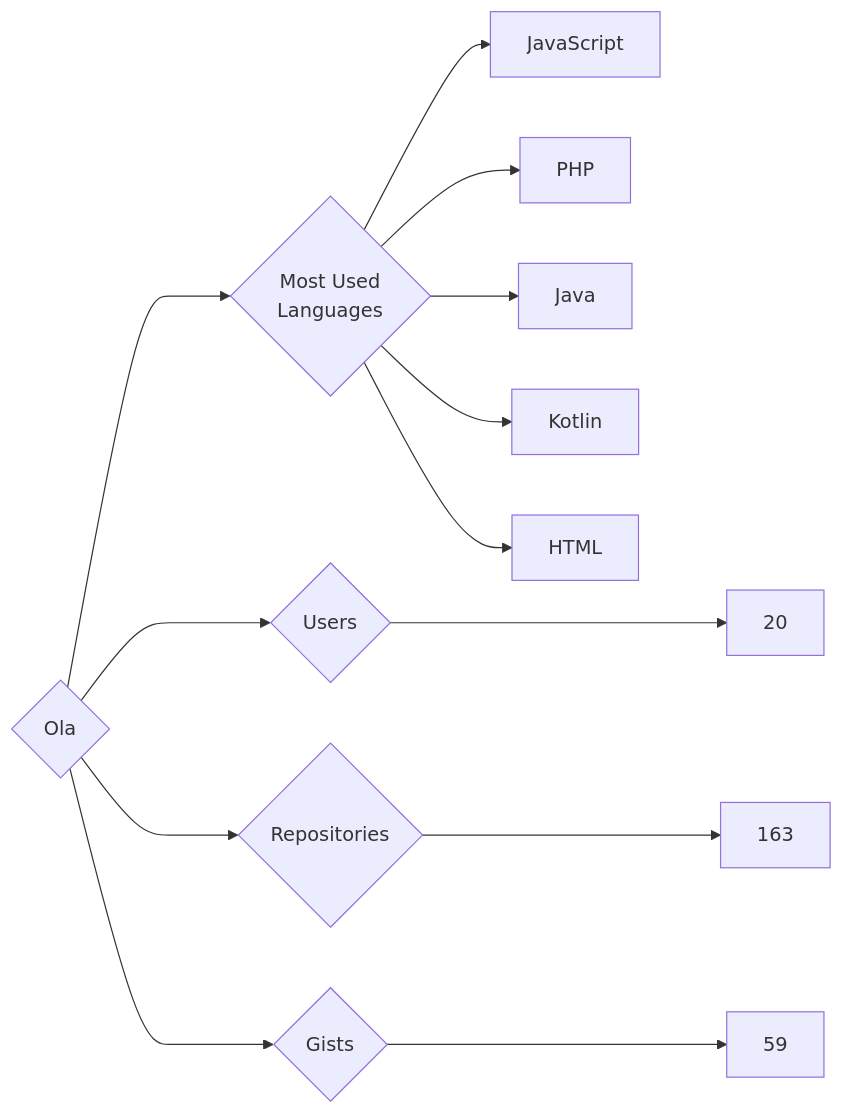
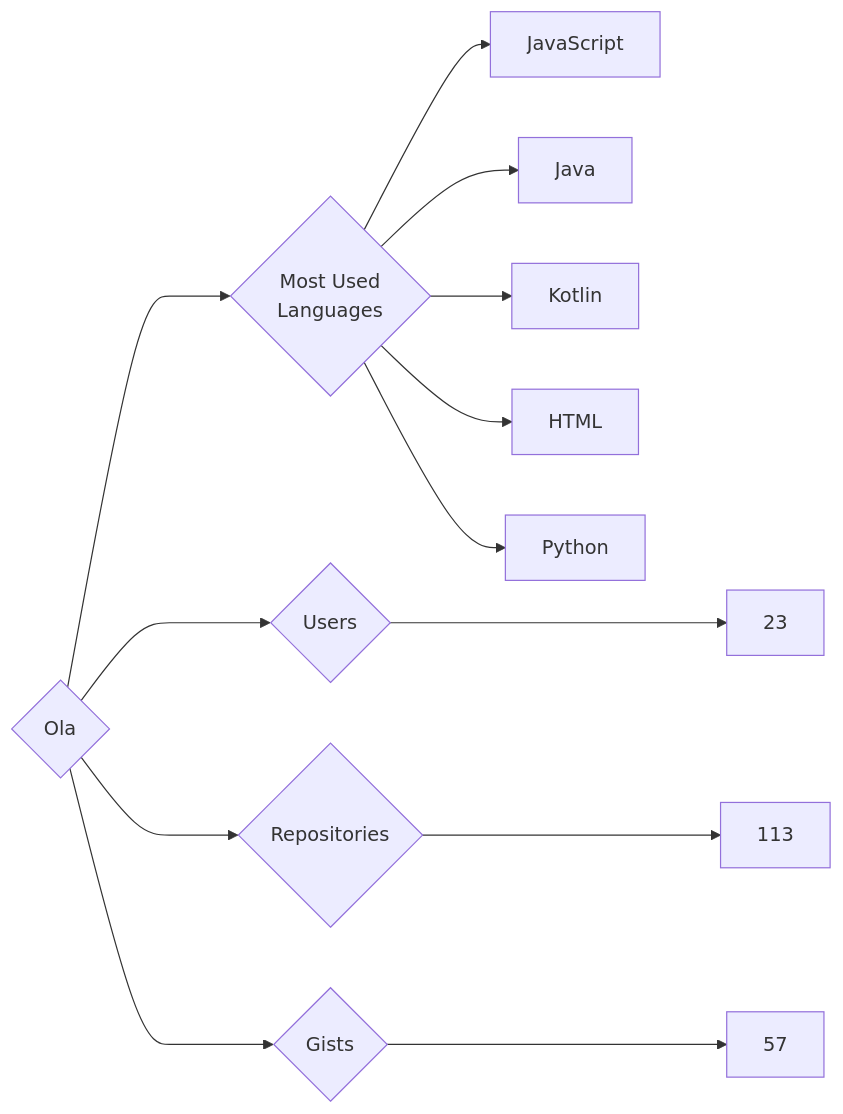
One commit to trickest/insiders changed the diagram in targets/Ola/README.md. Above: the diagram before and after it, drawn with Mermaid. The commit also changed 534 other files, not shown here.

````diff
--- a/targets/Ola/README.md
+++ b/targets/Ola/README.md
@@ -3,13 +3,13 @@
 ```mermaid
 graph LR
 COMPANY_NAME{Ola}
-COMPANY_NAME ---> U{Users} ---> UN[20]
-COMPANY_NAME ---> R{Repositories} ---> RN[163]
-COMPANY_NAME ---> G{Gists} ---> GN[59]
+COMPANY_NAME ---> U{Users} ---> UN[23]
+COMPANY_NAME ---> R{Repositories} ---> RN[113]
+COMPANY_NAME ---> G{Gists} ---> GN[57]
 COMPANY_NAME ---> ML{Most Used<br>Languages}
 ML --> JavaScript[JavaScript]
-ML --> PHP[PHP]
 ML --> Java[Java]
 ML --> Kotlin[Kotlin]
 ML --> HTML[HTML]
+ML --> Python[Python]
 ```
````
